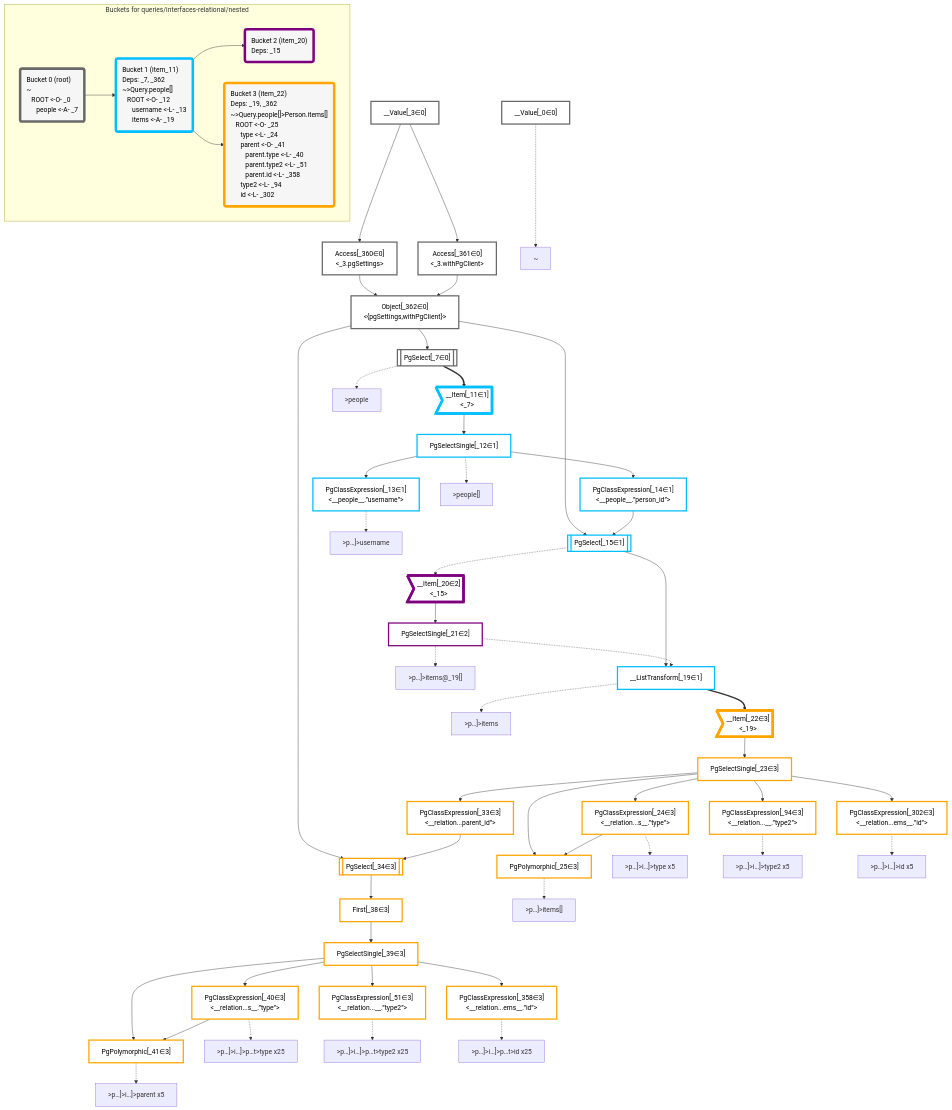
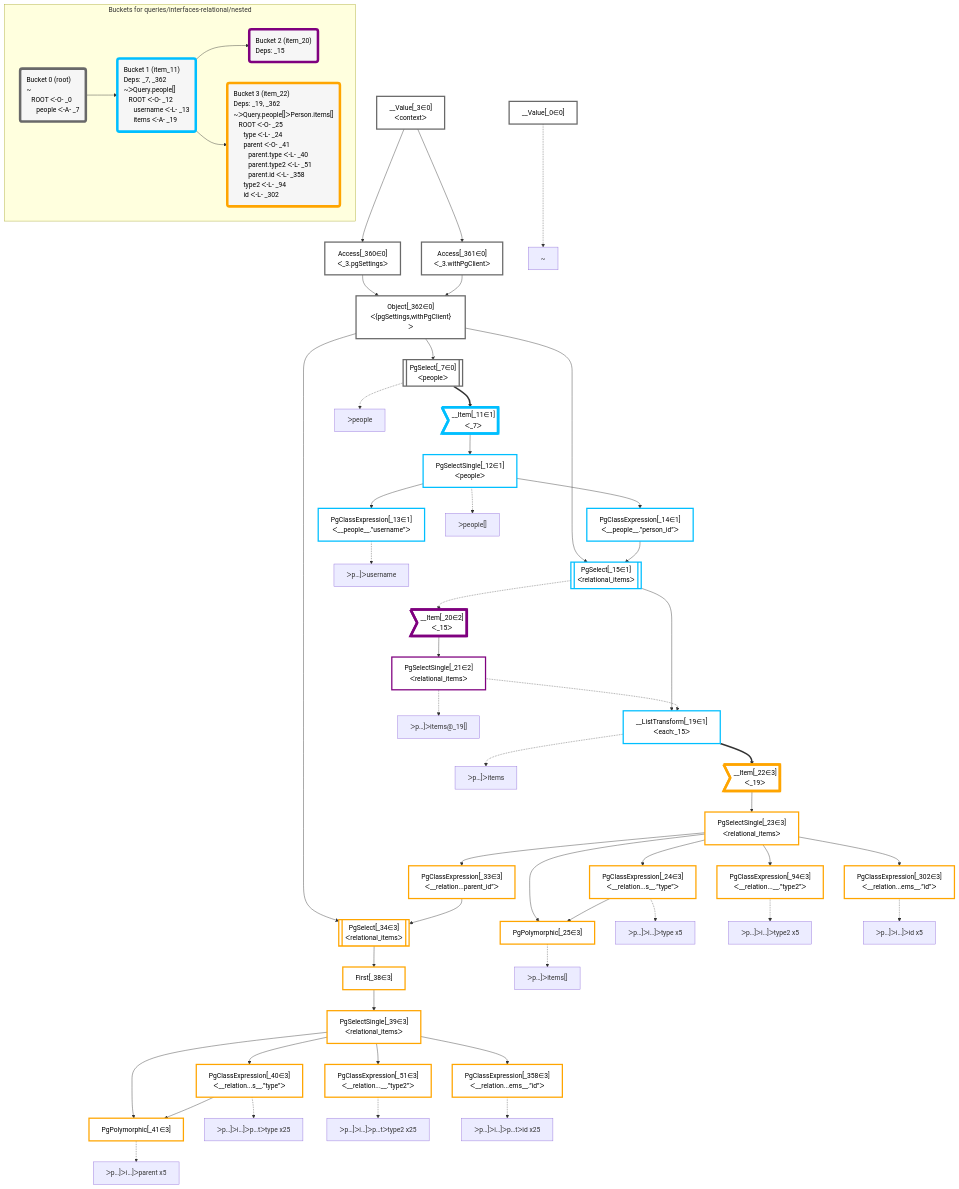
Before and after one commit to graphile/crystal: the diagram in packages/dataplan-pg/__tests__/queries/interfaces-relational/nested.deopt.mermaid.md, drawn with Mermaid. The commit also changed 195 other files, not shown here.

```diff
--- a/packages/dataplan-pg/__tests__/queries/interfaces-relational/nested.deopt.mermaid.md
+++ b/packages/dataplan-pg/__tests__/queries/interfaces-relational/nested.deopt.mermaid.md
@@ -9,33 +9,33 @@
 
     %% define plans
     __Value_0["__Value[_0∈0]"]:::plan
-    __Value_3["__Value[_3∈0]<br /><context>"]:::plan
-    PgSelect_7[["PgSelect[_7∈0]<br /><people>"]]:::plan
-    __Item_11>"__Item[_11∈1]<br /><_7>"]:::itemplan
-    PgSelectSingle_12["PgSelectSingle[_12∈1]<br /><people>"]:::plan
-    PgClassExpression_13["PgClassExpression[_13∈1]<br /><__people__.”username”>"]:::plan
-    PgClassExpression_14["PgClassExpression[_14∈1]<br /><__people__.”person_id”>"]:::plan
-    PgSelect_15[["PgSelect[_15∈1]<br /><relational_items>"]]:::plan
-    __ListTransform_19["__ListTransform[_19∈1]<br /><each:_15>"]:::plan
-    __Item_20>"__Item[_20∈2]<br /><_15>"]:::itemplan
-    PgSelectSingle_21["PgSelectSingle[_21∈2]<br /><relational_items>"]:::plan
-    __Item_22>"__Item[_22∈3]<br /><_19>"]:::itemplan
-    PgSelectSingle_23["PgSelectSingle[_23∈3]<br /><relational_items>"]:::plan
-    PgClassExpression_24["PgClassExpression[_24∈3]<br /><__relation...s__.”type”>"]:::plan
+    __Value_3["__Value[_3∈0]<br />ᐸcontextᐳ"]:::plan
+    PgSelect_7[["PgSelect[_7∈0]<br />ᐸpeopleᐳ"]]:::plan
+    __Item_11>"__Item[_11∈1]<br />ᐸ_7ᐳ"]:::itemplan
+    PgSelectSingle_12["PgSelectSingle[_12∈1]<br />ᐸpeopleᐳ"]:::plan
+    PgClassExpression_13["PgClassExpression[_13∈1]<br />ᐸ__people__.”username”ᐳ"]:::plan
+    PgClassExpression_14["PgClassExpression[_14∈1]<br />ᐸ__people__.”person_id”ᐳ"]:::plan
+    PgSelect_15[["PgSelect[_15∈1]<br />ᐸrelational_itemsᐳ"]]:::plan
+    __ListTransform_19["__ListTransform[_19∈1]<br />ᐸeach:_15ᐳ"]:::plan
+    __Item_20>"__Item[_20∈2]<br />ᐸ_15ᐳ"]:::itemplan
+    PgSelectSingle_21["PgSelectSingle[_21∈2]<br />ᐸrelational_itemsᐳ"]:::plan
+    __Item_22>"__Item[_22∈3]<br />ᐸ_19ᐳ"]:::itemplan
+    PgSelectSingle_23["PgSelectSingle[_23∈3]<br />ᐸrelational_itemsᐳ"]:::plan
+    PgClassExpression_24["PgClassExpression[_24∈3]<br />ᐸ__relation...s__.”type”ᐳ"]:::plan
     PgPolymorphic_25["PgPolymorphic[_25∈3]"]:::plan
-    PgClassExpression_33["PgClassExpression[_33∈3]<br /><__relation...parent_id”>"]:::plan
-    PgSelect_34[["PgSelect[_34∈3]<br /><relational_items>"]]:::plan
+    PgClassExpression_33["PgClassExpression[_33∈3]<br />ᐸ__relation...parent_id”ᐳ"]:::plan
+    PgSelect_34[["PgSelect[_34∈3]<br />ᐸrelational_itemsᐳ"]]:::plan
     First_38["First[_38∈3]"]:::plan
-    PgSelectSingle_39["PgSelectSingle[_39∈3]<br /><relational_items>"]:::plan
-    PgClassExpression_40["PgClassExpression[_40∈3]<br /><__relation...s__.”type”>"]:::plan
+    PgSelectSingle_39["PgSelectSingle[_39∈3]<br />ᐸrelational_itemsᐳ"]:::plan
+    PgClassExpression_40["PgClassExpression[_40∈3]<br />ᐸ__relation...s__.”type”ᐳ"]:::plan
     PgPolymorphic_41["PgPolymorphic[_41∈3]"]:::plan
-    PgClassExpression_51["PgClassExpression[_51∈3]<br /><__relation...__.”type2”>"]:::plan
-    PgClassExpression_94["PgClassExpression[_94∈3]<br /><__relation...__.”type2”>"]:::plan
-    PgClassExpression_302["PgClassExpression[_302∈3]<br /><__relation...ems__.”id”>"]:::plan
-    PgClassExpression_358["PgClassExpression[_358∈3]<br /><__relation...ems__.”id”>"]:::plan
-    Access_360["Access[_360∈0]<br /><_3.pgSettings>"]:::plan
-    Access_361["Access[_361∈0]<br /><_3.withPgClient>"]:::plan
-    Object_362["Object[_362∈0]<br /><{pgSettings,withPgClient}>"]:::plan
+    PgClassExpression_51["PgClassExpression[_51∈3]<br />ᐸ__relation...__.”type2”ᐳ"]:::plan
+    PgClassExpression_94["PgClassExpression[_94∈3]<br />ᐸ__relation...__.”type2”ᐳ"]:::plan
+    PgClassExpression_302["PgClassExpression[_302∈3]<br />ᐸ__relation...ems__.”id”ᐳ"]:::plan
+    PgClassExpression_358["PgClassExpression[_358∈3]<br />ᐸ__relation...ems__.”id”ᐳ"]:::plan
+    Access_360["Access[_360∈0]<br />ᐸ_3.pgSettingsᐳ"]:::plan
+    Access_361["Access[_361∈0]<br />ᐸ_3.withPgClientᐳ"]:::plan
+    Object_362["Object[_362∈0]<br />ᐸ{pgSettings,withPgClient}ᐳ"]:::plan
 
     %% plan dependencies
     Object_362 --> PgSelect_7
@@ -74,31 +74,31 @@
     %% plan-to-path relationships
     P_0["~"]
     __Value_0 -.-> P_0
-    P_7[">people"]
+    P_7["ᐳpeople"]
     PgSelect_7 -.-> P_7
-    P_12[">people[]"]
+    P_12["ᐳpeople[]"]
     PgSelectSingle_12 -.-> P_12
-    P_13[">p…]>username"]
+    P_13["ᐳp…]ᐳusername"]
     PgClassExpression_13 -.-> P_13
-    P_19[">p…]>items"]
+    P_19["ᐳp…]ᐳitems"]
     __ListTransform_19 -.-> P_19
-    P_21[">p…]>items@_19[]"]
+    P_21["ᐳp…]ᐳitems@_19[]"]
     PgSelectSingle_21 -.-> P_21
-    P_24[">p…]>i…]>type x5"]
+    P_24["ᐳp…]ᐳi…]ᐳtype x5"]
     PgClassExpression_24 -.-> P_24
-    P_25[">p…]>items[]"]
+    P_25["ᐳp…]ᐳitems[]"]
     PgPolymorphic_25 -.-> P_25
-    P_40[">p…]>i…]>p…t>type x25"]
+    P_40["ᐳp…]ᐳi…]ᐳp…tᐳtype x25"]
     PgClassExpression_40 -.-> P_40
-    P_41[">p…]>i…]>parent x5"]
+    P_41["ᐳp…]ᐳi…]ᐳparent x5"]
     PgPolymorphic_41 -.-> P_41
-    P_51[">p…]>i…]>p…t>type2 x25"]
+    P_51["ᐳp…]ᐳi…]ᐳp…tᐳtype2 x25"]
     PgClassExpression_51 -.-> P_51
-    P_94[">p…]>i…]>type2 x5"]
+    P_94["ᐳp…]ᐳi…]ᐳtype2 x5"]
     PgClassExpression_94 -.-> P_94
-    P_302[">p…]>i…]>id x5"]
+    P_302["ᐳp…]ᐳi…]ᐳid x5"]
     PgClassExpression_302 -.-> P_302
-    P_358[">p…]>i…]>p…t>id x25"]
+    P_358["ᐳp…]ᐳi…]ᐳp…tᐳid x25"]
     PgClassExpression_358 -.-> P_358
 
     %% allocate buckets
@@ -112,15 +112,15 @@
     class __Item_22,PgSelectSingle_23,PgClassExpression_24,PgPolymorphic_25,PgClassExpression_33,PgSelect_34,First_38,PgSelectSingle_39,PgClassExpression_40,PgPolymorphic_41,PgClassExpression_51,PgClassExpression_94,PgClassExpression_302,PgClassExpression_358 bucket3
 
     subgraph "Buckets for queries/interfaces-relational/nested"
-    Bucket0("Bucket 0 (root)<br />~<br />⠀ROOT <-O- _0<br />⠀⠀people <-A- _7"):::bucket
+    Bucket0("Bucket 0 (root)<br />~<br />⠀ROOT ᐸ-O- _0<br />⠀⠀people ᐸ-A- _7"):::bucket
     style Bucket0 stroke:#696969
-    Bucket1("Bucket 1 (item_11)<br />Deps: _7, _362<br />~>Query.people[]<br />⠀ROOT <-O- _12<br />⠀⠀username <-L- _13<br />⠀⠀items <-A- _19"):::bucket
+    Bucket1("Bucket 1 (item_11)<br />Deps: _7, _362<br />~ᐳQuery.people[]<br />⠀ROOT ᐸ-O- _12<br />⠀⠀username ᐸ-L- _13<br />⠀⠀items ᐸ-A- _19"):::bucket
     style Bucket1 stroke:#00bfff
     Bucket0 --> Bucket1
     Bucket2("Bucket 2 (item_20)<br />Deps: _15"):::bucket
     style Bucket2 stroke:#7f007f
     Bucket1 --> Bucket2
-    Bucket3("Bucket 3 (item_22)<br />Deps: _19, _362<br />~>Query.people[]>Person.items[]<br />⠀ROOT <-O- _25<br />⠀⠀type <-L- _24<br />⠀⠀parent <-O- _41<br />⠀⠀⠀parent.type <-L- _40<br />⠀⠀⠀parent.type2 <-L- _51<br />⠀⠀⠀parent.id <-L- _358<br />⠀⠀type2 <-L- _94<br />⠀⠀id <-L- _302"):::bucket
+    Bucket3("Bucket 3 (item_22)<br />Deps: _19, _362<br />~ᐳQuery.people[]ᐳPerson.items[]<br />⠀ROOT ᐸ-O- _25<br />⠀⠀type ᐸ-L- _24<br />⠀⠀parent ᐸ-O- _41<br />⠀⠀⠀parent.type ᐸ-L- _40<br />⠀⠀⠀parent.type2 ᐸ-L- _51<br />⠀⠀⠀parent.id ᐸ-L- _358<br />⠀⠀type2 ᐸ-L- _94<br />⠀⠀id ᐸ-L- _302"):::bucket
     style Bucket3 stroke:#ffa500
     Bucket1 --> Bucket3
     end
```
